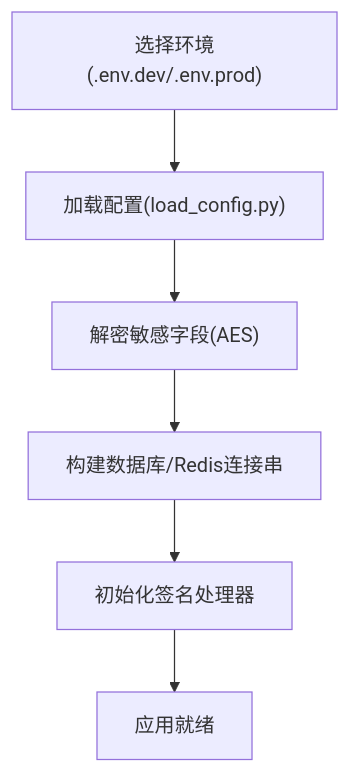
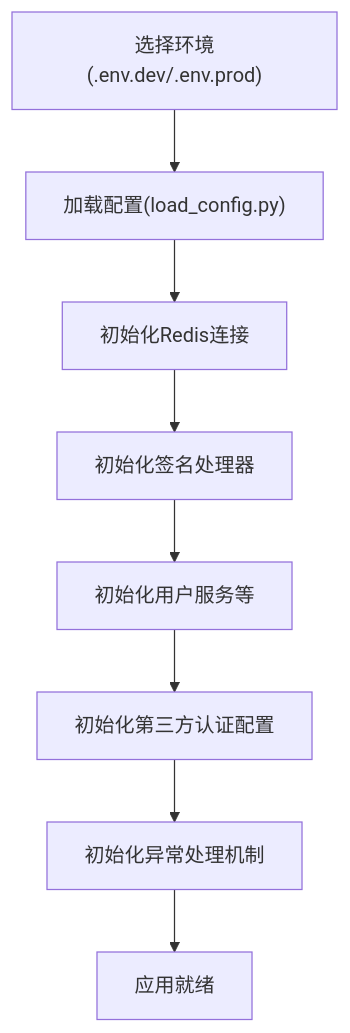
One commit to lilinzezzzzzz/fastapi-backend changed diagram 13 of 14 in .qoder/repowiki/zh/content/安全认证机制/安全认证机制.md. Above: the diagram before and after it, drawn with Mermaid. The commit also changed other lines of this file and 38 other files, not shown here.

````diff
--- a/.qoder/repowiki/zh/content/安全认证机制/安全认证机制.md
+++ b/.qoder/repowiki/zh/content/安全认证机制/安全认证机制.md
@@ -298,8 +622,10 @@
 ```mermaid
 flowchart TD
 Env["选择环境(.env.dev/.env.prod)"] --> LoadCfg["加载配置(load_config.py)"]
-LoadCfg --> Decrypt["解密敏感字段(AES)"]
-Decrypt --> BuildURI["构建数据库/Redis连接串"]
-BuildURI --> InitSig["初始化签名处理器"]
-InitSig --> Ready["应用就绪"]
+LoadCfg --> InitRedis["初始化Redis连接"]
+InitRedis --> InitSig["初始化签名处理器"]
+InitSig --> InitServices["初始化用户服务等"]
+InitServices --> InitThirdParty["初始化第三方认证配置"]
+InitThirdParty --> InitException["初始化异常处理机制"]
+InitException --> Ready["应用就绪"]
 ```
````
